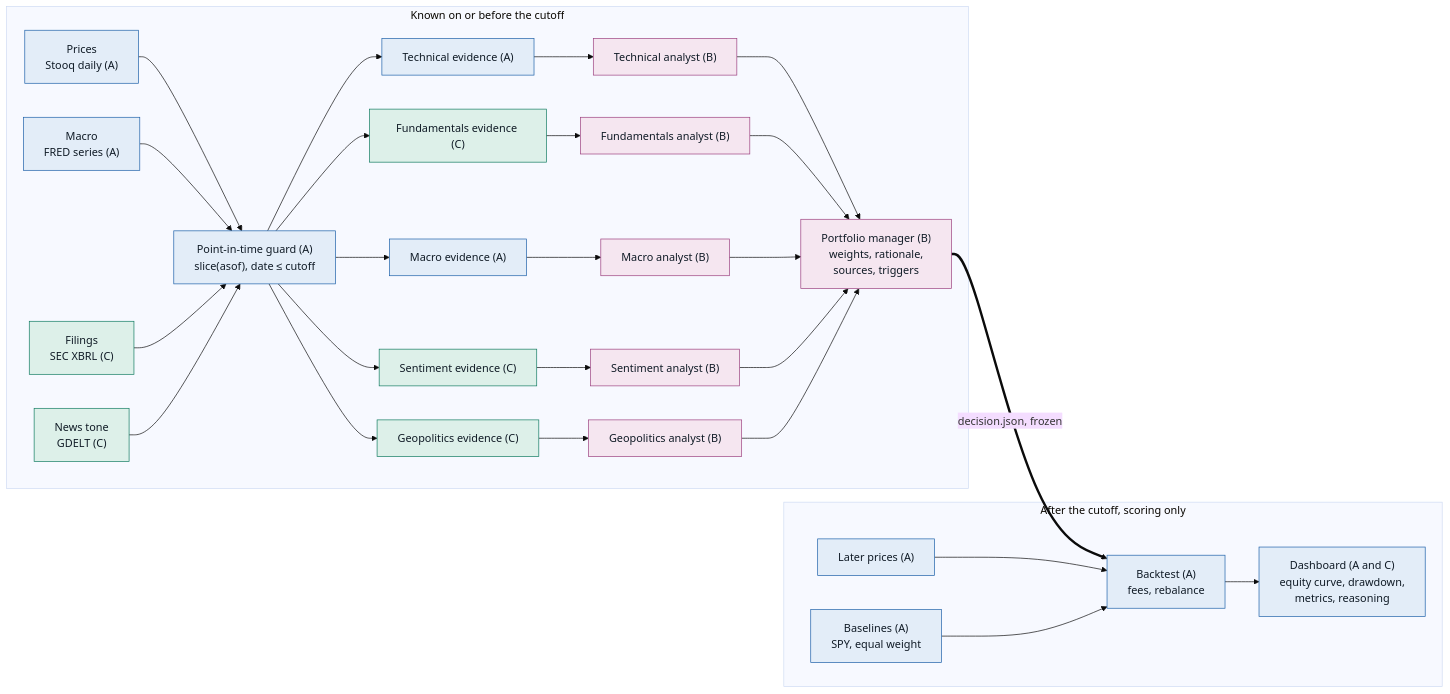
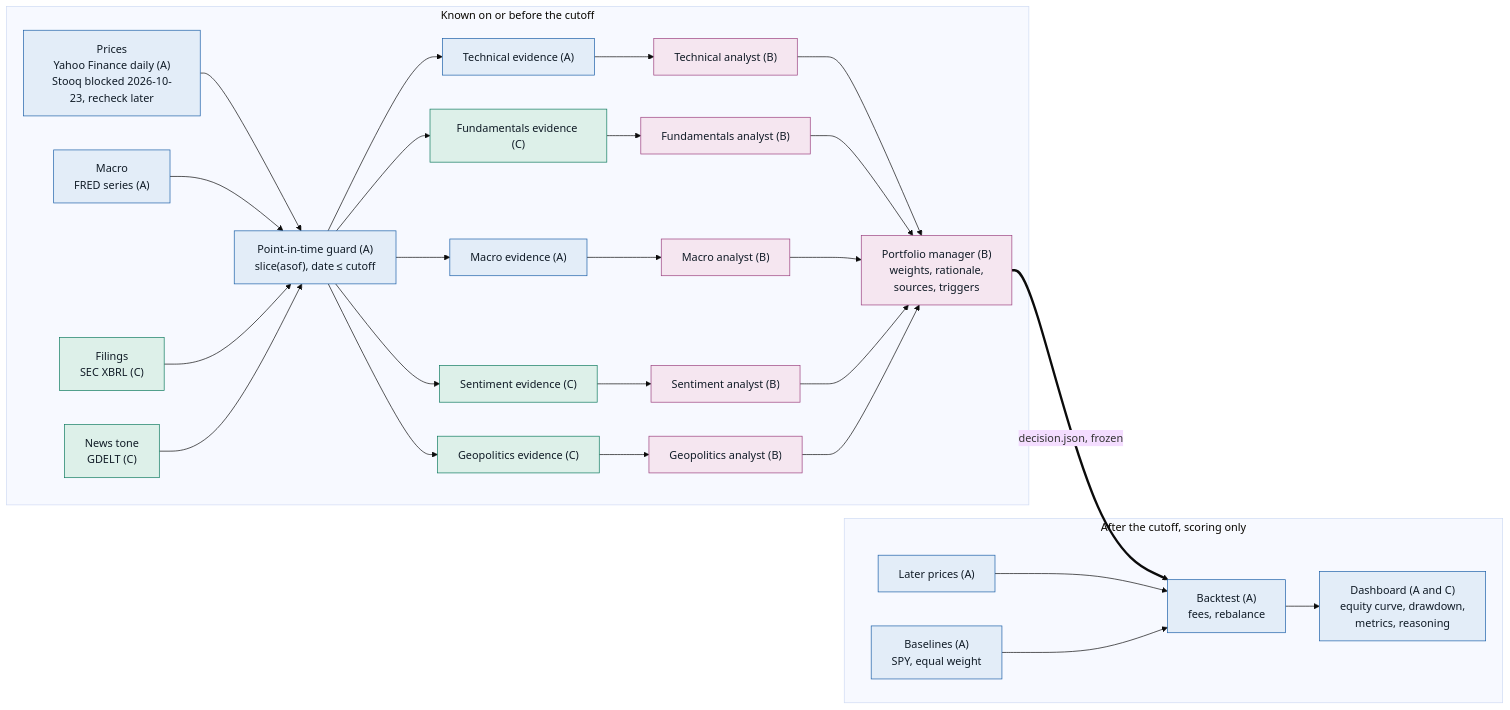
One commit to arnavvalvekar/aws-financial-portfolio changed the first of 2 diagrams in README.md. Above: the diagram before and after it, drawn with Mermaid (base theme). The commit also changed other lines of this file and 42 other files, not shown here.

First line of the commit message:
Person A: data lane — Yahoo prices, PIT guard, technical evidence, backtest

````diff
--- a/README.md
+++ b/README.md
@@ -70,56 +70,56 @@
 ```mermaid
 flowchart LR
   subgraph KNOWN ["Known on or before the cutoff"]
-    PX["Prices<br/>Stooq daily (A)"]
+    PX["Prices<br/>Yahoo Finance daily (A)<br/>Stooq blocked 2026-10-23, recheck later"]
     FR["Macro<br/>FRED series (A)"]
     SE["Filings<br/>SEC XBRL (C)"]
     GD["News tone<br/>GDELT (C)"]
     GUARD["Point-in-time guard (A)<br/>slice(asof), date ≤ cutoff"]
     EV1["Technical evidence (A)"]
     EV2["Fundamentals evidence (C)"]
     EV3["Macro evidence (A)"]
     EV4["Sentiment evidence (C)"]
     EV5["Geopolitics evidence (C)"]
     AG1["Technical analyst (B)"]
     AG2["Fundamentals analyst (B)"]
     AG3["Macro analyst (B)"]
     AG4["Sentiment analyst (B)"]
     AG5["Geopolitics analyst (B)"]
     PM["Portfolio manager (B)<br/>weights, rationale,<br/>sources, triggers"]
   end
   subgraph AFTER ["After the cutoff, scoring only"]
     LP["Later prices (A)"]
     BT["Backtest (A)<br/>fees, rebalance"]
     BL["Baselines (A)<br/>SPY, equal weight"]
     DB["Dashboard (A and C)<br/>equity curve, drawdown,<br/>metrics, reasoning"]
   end
   PX --> GUARD
   FR --> GUARD
   SE --> GUARD
   GD --> GUARD
   GUARD --> EV1
   GUARD --> EV2
   GUARD --> EV3
   GUARD --> EV4
   GUARD --> EV5
   EV1 --> AG1
   EV2 --> AG2
   EV3 --> AG3
   EV4 --> AG4
   EV5 --> AG5
   AG1 --> PM
   AG2 --> PM
   AG3 --> PM
   AG4 --> PM
   AG5 --> PM
   PM ==>|"decision.json, frozen"| BT
   LP --> BT
   BL --> BT
   BT --> DB
   classDef a fill:#E3EDF8,stroke:#1B5FA8,color:#101B26
   classDef b fill:#F5E6F0,stroke:#9B3F7E,color:#101B26
   classDef c fill:#DDF0E9,stroke:#0E7A5F,color:#101B26
   class PX,FR,GUARD,EV1,EV3,LP,BT,BL,DB a
   class AG1,AG2,AG3,AG4,AG5,PM b
   class SE,GD,EV2,EV4,EV5 c
 ```
````
